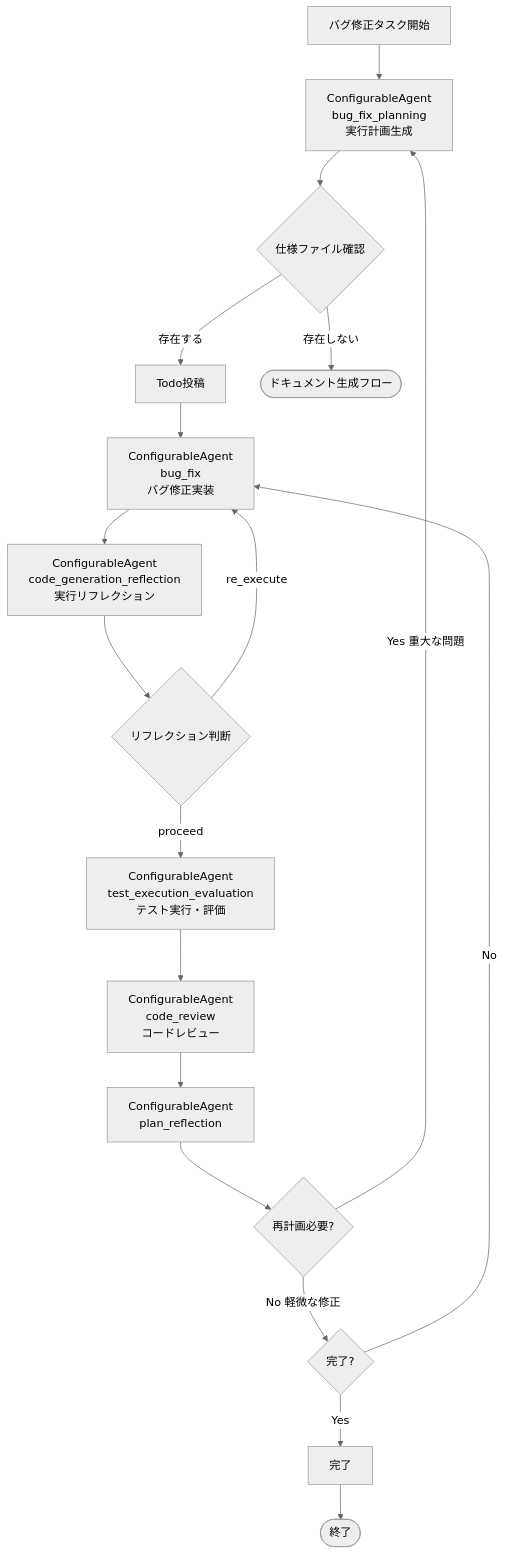
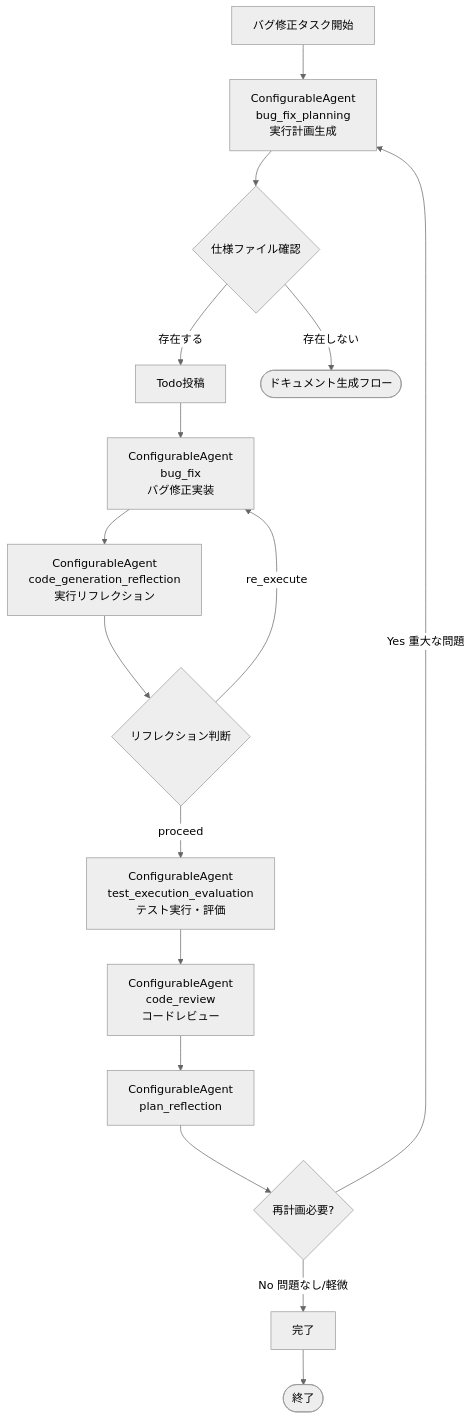
One commit to notfolder/CodeAgentOrchestrator changed the fifth of 7 diagrams in docs/STANDARD_MR_PROCESSING_FLOW.md. Above: the diagram before and after it, drawn with Mermaid (neutral theme). The commit also changed other lines of this file and 2 other files, not shown here.

````diff
--- a/docs/STANDARD_MR_PROCESSING_FLOW.md
+++ b/docs/STANDARD_MR_PROCESSING_FLOW.md
@@ -636,26 +632,23 @@
 ```mermaid
 flowchart TD
     Start[バグ修正タスク開始] --> Planning[ConfigurableAgent<br/>bug_fix_planning<br/>実行計画生成]
     Planning --> SpecCheck{仕様ファイル確認}
     
     SpecCheck -->|存在する| Todo[Todo投稿]
     SpecCheck -->|存在しない| End1([ドキュメント生成フロー])
     
     Todo --> BugFix[ConfigurableAgent<br/>bug_fix<br/>バグ修正実装]
     BugFix --> BugFixRefl[ConfigurableAgent<br/>code_generation_reflection<br/>実行リフレクション]
     BugFixRefl --> BugReflBranch{リフレクション判断}
     BugReflBranch -->|re_execute| BugFix
     BugReflBranch -->|proceed| TestExec[ConfigurableAgent<br/>test_execution_evaluation<br/>テスト実行・評価]
     
     TestExec --> CodeReview[ConfigurableAgent<br/>code_review<br/>コードレビュー]
     
     CodeReview --> Reflection[ConfigurableAgent<br/>plan_reflection]
     
     Reflection --> ReplanCheck{再計画必要?}
     ReplanCheck -->|Yes 重大な問題| Planning
-    ReplanCheck -->|No 軽微な修正| Complete{完了?}
-    
-    Complete -->|No| BugFix
-    Complete -->|Yes| Finish[完了]
+    ReplanCheck -->|No 問題なし/軽微| Finish[完了]
     Finish --> End2([終了])
 ```
````
